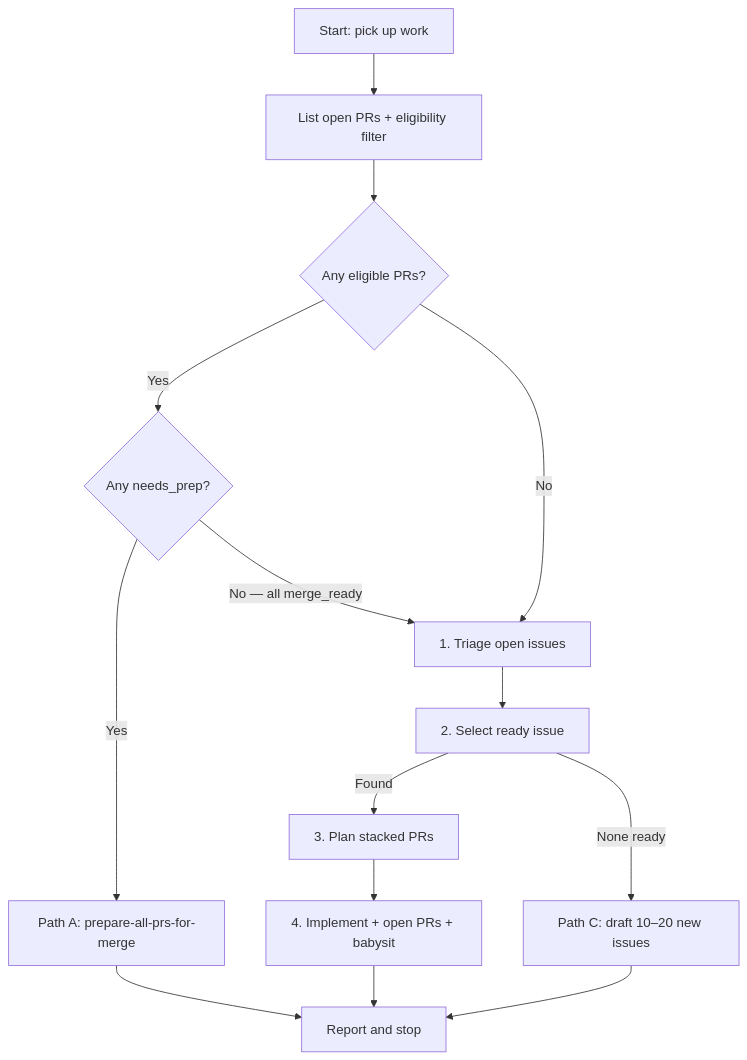
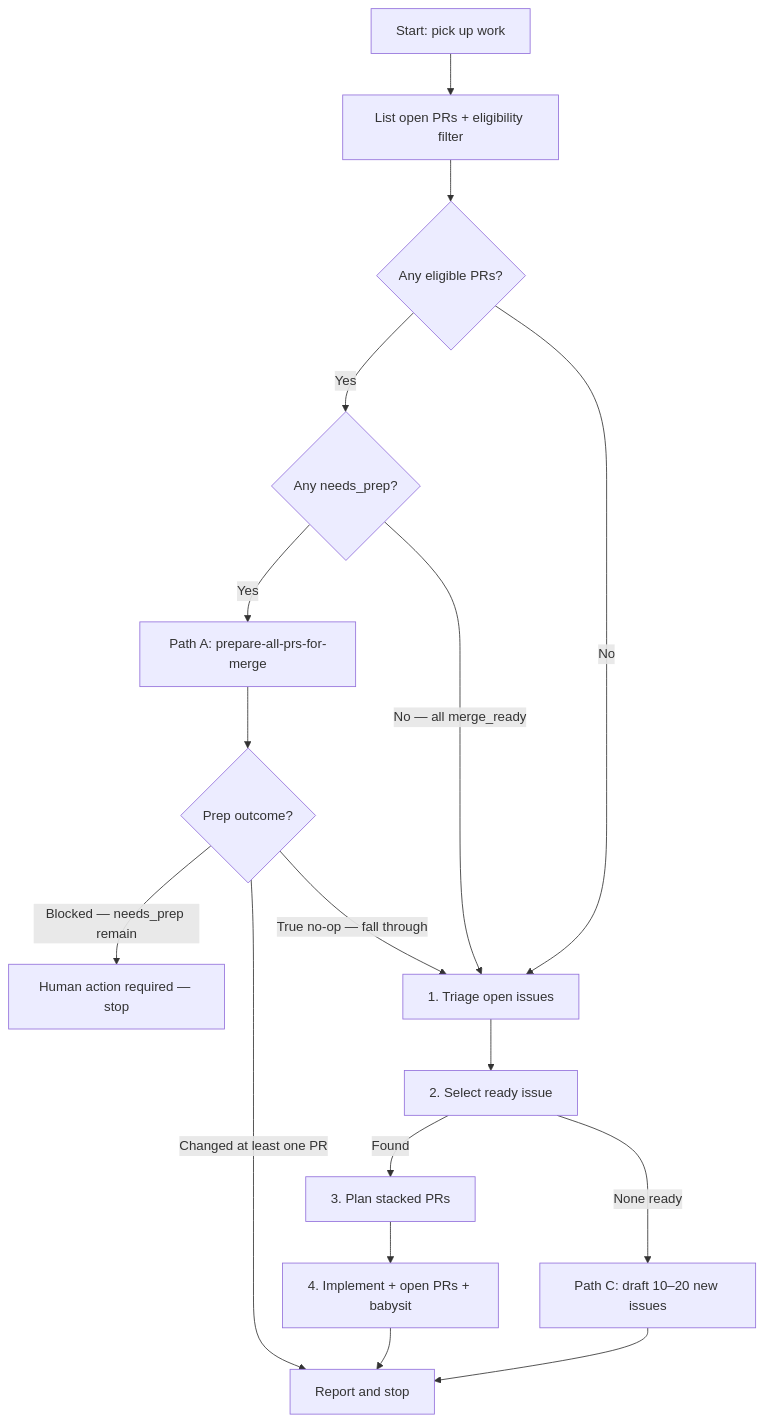
Before and after one commit to toadslop/rtl88x2bu-linux-driver: the diagram in .cursor/skills/pick-up-work-item/SKILL.md, drawn with Mermaid. The commit also changed other lines of this file and 1 other file, not shown here.

Commit message:
docs(skills): fall through to issues when Path A changes no PRs (#312)

````diff
--- a/.cursor/skills/pick-up-work-item/SKILL.md
+++ b/.cursor/skills/pick-up-work-item/SKILL.md
@@ -104,16 +138,19 @@
 ```mermaid
 flowchart TD
   A[Start: pick up work] --> B[List open PRs + eligibility filter]
   B --> C{Any eligible PRs?}
   C -->|Yes| C2{Any needs_prep?}
   C2 -->|Yes| D[Path A: prepare-all-prs-for-merge]
-  D --> Z[Report and stop]
+  D --> D2{Prep outcome?}
+  D2 -->|Changed at least one PR| Z[Report and stop]
+  D2 -->|Blocked — needs_prep remain| Z2[Human action required — stop]
+  D2 -->|True no-op — fall through| E
   C2 -->|No — all merge_ready| E[1. Triage open issues]
   C -->|No| E
   E --> F[2. Select ready issue]
   F -->|Found| G[3. Plan stacked PRs]
   G --> H[4. Implement + open PRs + babysit]
   H --> Z
   F -->|None ready| I[Path C: draft 10–20 new issues]
   I --> Z
 ```
````
